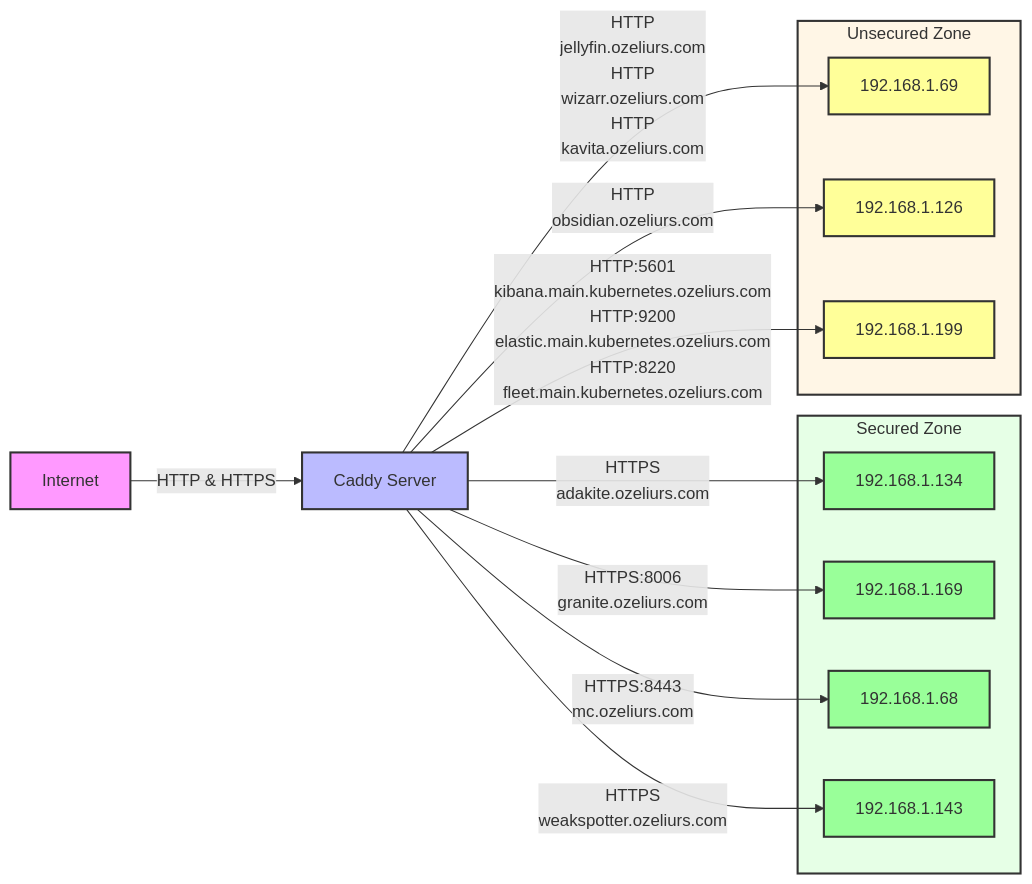
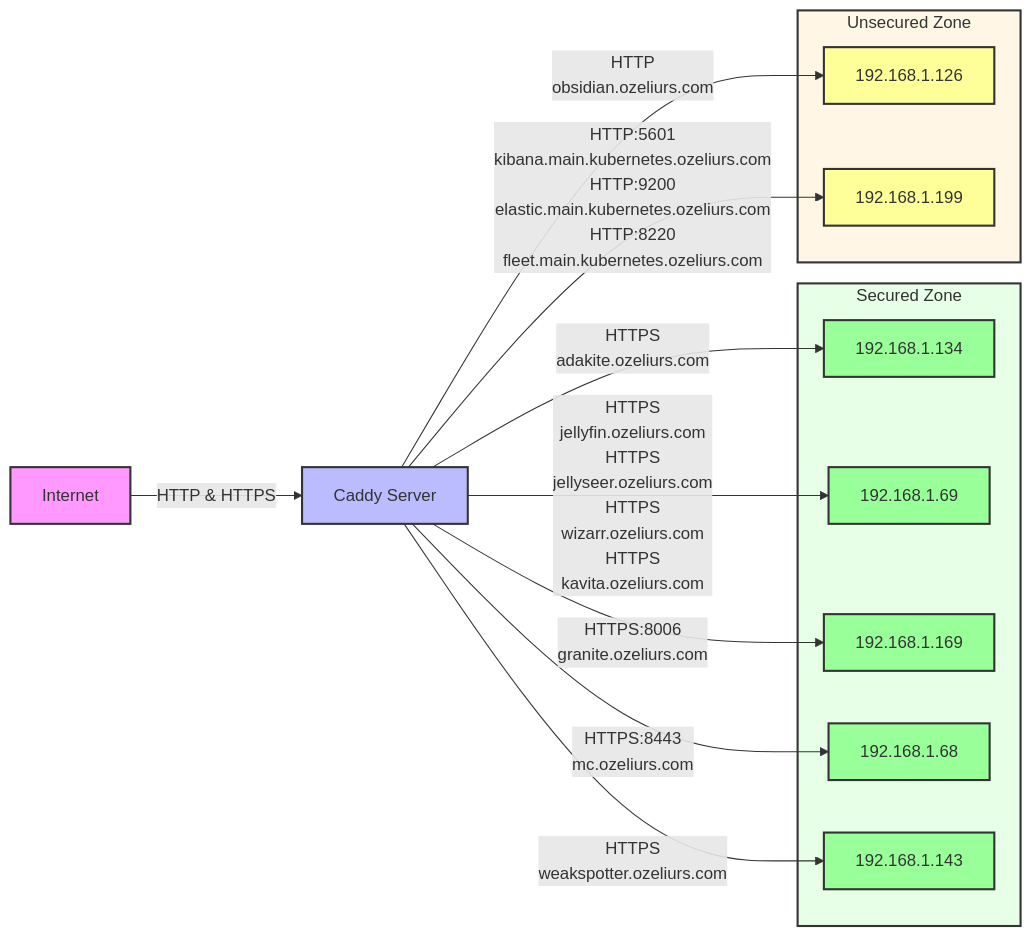
The diagram in README.md (ozeliurs/dc-reverse-proxy-config), drawn with Mermaid before and after one commit. The commit also changed 1 other file, not shown here.

Commit message:
Generate and update Caddyfile, Mermaid diagram, and Dockerfile

````diff
--- a/README.md
+++ b/README.md
@@ -34,51 +34,51 @@
 ```mermaid
 graph LR
     %% Style definitions
     classDef internet fill:#f9f,stroke:#333,stroke-width:2px;
     classDef proxy fill:#bbf,stroke:#333,stroke-width:2px;
     classDef backend fill:#bfb,stroke:#333,stroke-width:2px;
     classDef secure fill:#9f9,stroke:#333,stroke-width:2px;
     classDef unsecure fill:#ff9,stroke:#333,stroke-width:2px;
 
     %% Nodes
     I[Internet]
     C[Caddy Server]
 
     %% Apply styles
     class I internet
     class C proxy
 
     %% Base connections
     I -->|HTTP & HTTPS| C
 
     %% Backend groups
     subgraph Secured[Secured Zone]
         style Secured fill:#e6ffe6,stroke:#333,stroke-width:2px
         S0[192.168.1.134]
         class S0 secure
-        S1[192.168.1.169]
+        S1[192.168.1.69]
         class S1 secure
-        S2[192.168.1.68]
+        S2[192.168.1.169]
         class S2 secure
-        S3[192.168.1.143]
+        S3[192.168.1.68]
         class S3 secure
+        S4[192.168.1.143]
+        class S4 secure
     end
 
     subgraph Unsecured[Unsecured Zone]
         style Unsecured fill:#fff6e6,stroke:#333,stroke-width:2px
-        U0[192.168.1.69]
+        U0[192.168.1.126]
         class U0 unsecure
-        U1[192.168.1.126]
+        U1[192.168.1.199]
         class U1 unsecure
-        U2[192.168.1.199]
-        class U2 unsecure
     end
 
     C -->|HTTPS<br>adakite.ozeliurs.com| S0
-    C -->|HTTP<br>jellyfin.ozeliurs.com<br>HTTP<br>wizarr.ozeliurs.com<br>HTTP<br>kavita.ozeliurs.com| U0
-    C -->|HTTPS:8006<br>granite.ozeliurs.com| S1
-    C -->|HTTPS:8443<br>mc.ozeliurs.com| S2
-    C -->|HTTP<br>obsidian.ozeliurs.com| U1
-    C -->|HTTPS<br>weakspotter.ozeliurs.com| S3
-    C -->|HTTP:5601<br>kibana.main.kubernetes.ozeliurs.com<br>HTTP:9200<br>elastic.main.kubernetes.ozeliurs.com<br>HTTP:8220<br>fleet.main.kubernetes.ozeliurs.com| U2
+    C -->|HTTPS<br>jellyfin.ozeliurs.com<br>HTTPS<br>jellyseer.ozeliurs.com<br>HTTPS<br>wizarr.ozeliurs.com<br>HTTPS<br>kavita.ozeliurs.com| S1
+    C -->|HTTPS:8006<br>granite.ozeliurs.com| S2
+    C -->|HTTPS:8443<br>mc.ozeliurs.com| S3
+    C -->|HTTP<br>obsidian.ozeliurs.com| U0
+    C -->|HTTPS<br>weakspotter.ozeliurs.com| S4
+    C -->|HTTP:5601<br>kibana.main.kubernetes.ozeliurs.com<br>HTTP:9200<br>elastic.main.kubernetes.ozeliurs.com<br>HTTP:8220<br>fleet.main.kubernetes.ozeliurs.com| U1
 ```
````
